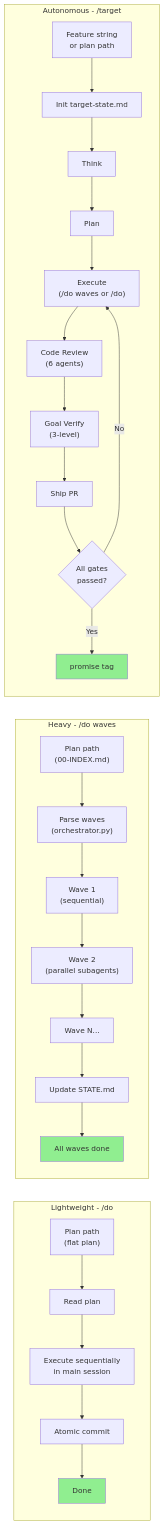
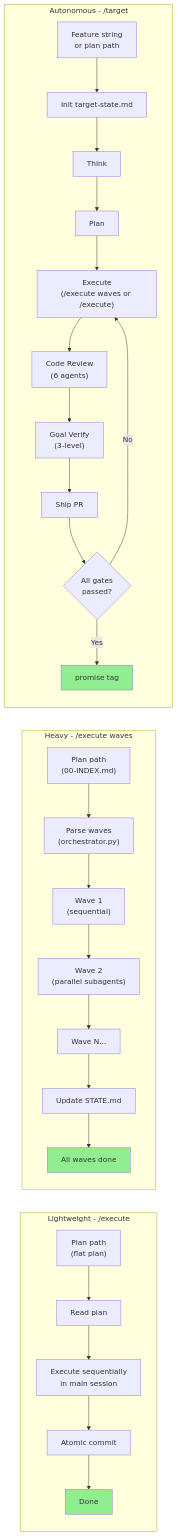
One commit to bllshttng/footnote changed the fourth of 6 diagrams in docs/system-architecture.md. Above: the diagram before and after it, drawn with Mermaid. The commit also changed other lines of this file and 137 other files, not shown here.

````diff
--- a/docs/system-architecture.md
+++ b/docs/system-architecture.md
@@ -218,35 +218,35 @@
 ```mermaid
 graph LR
-    subgraph "Lightweight - /do"
+    subgraph "Lightweight - /execute"
         DO_IN["Plan path<br/>(flat plan)"] --> DO_READ["Read plan"]
         DO_READ --> DO_EXEC["Execute sequentially<br/>in main session"]
         DO_EXEC --> DO_COMMIT["Atomic commit"]
         DO_COMMIT --> DO_DONE["Done"]
     end
 
-    subgraph "Heavy - /do waves"
+    subgraph "Heavy - /execute waves"
         OP_IN["Plan path<br/>(00-INDEX.md)"] --> OP_PARSE["Parse waves<br/>(orchestrator.py)"]
         OP_PARSE --> OP_W1["Wave 1<br/>(sequential)"]
         OP_W1 --> OP_W2["Wave 2<br/>(parallel subagents)"]
         OP_W2 --> OP_WN["Wave N..."]
         OP_WN --> OP_STATE["Update STATE.md"]
         OP_STATE --> OP_DONE["All waves done"]
     end
 
     subgraph "Autonomous - /target"
         RA_IN["Feature string<br/>or plan path"] --> RA_INIT["Init target-state.md"]
         RA_INIT --> RA_THINK["Think"]
         RA_THINK --> RA_PLAN["Plan"]
-        RA_PLAN --> RA_DO["Execute<br/>(/do waves or /do)"]
+        RA_PLAN --> RA_DO["Execute<br/>(/execute waves or /execute)"]
         RA_DO --> RA_REVIEW["Code Review<br/>(6 agents)"]
         RA_REVIEW --> RA_VERIFY["Goal Verify<br/>(3-level)"]
         RA_VERIFY --> RA_SHIP["Ship PR"]
         RA_SHIP --> RA_GATES{"All gates<br/>passed?"}
         RA_GATES -->|No| RA_DO
         RA_GATES -->|Yes| RA_PROMISE["promise tag"]
     end
 
     style DO_DONE fill:#90EE90
     style OP_DONE fill:#90EE90
     style RA_PROMISE fill:#90EE90
 ```
````
